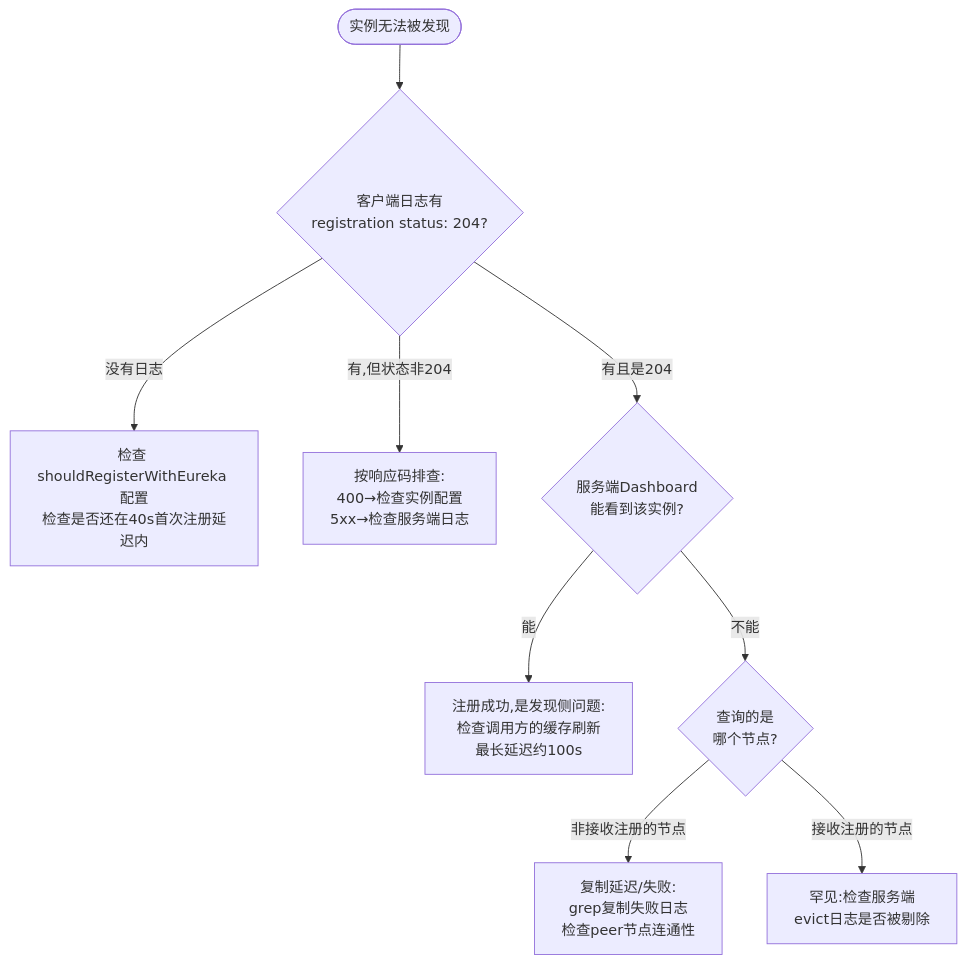
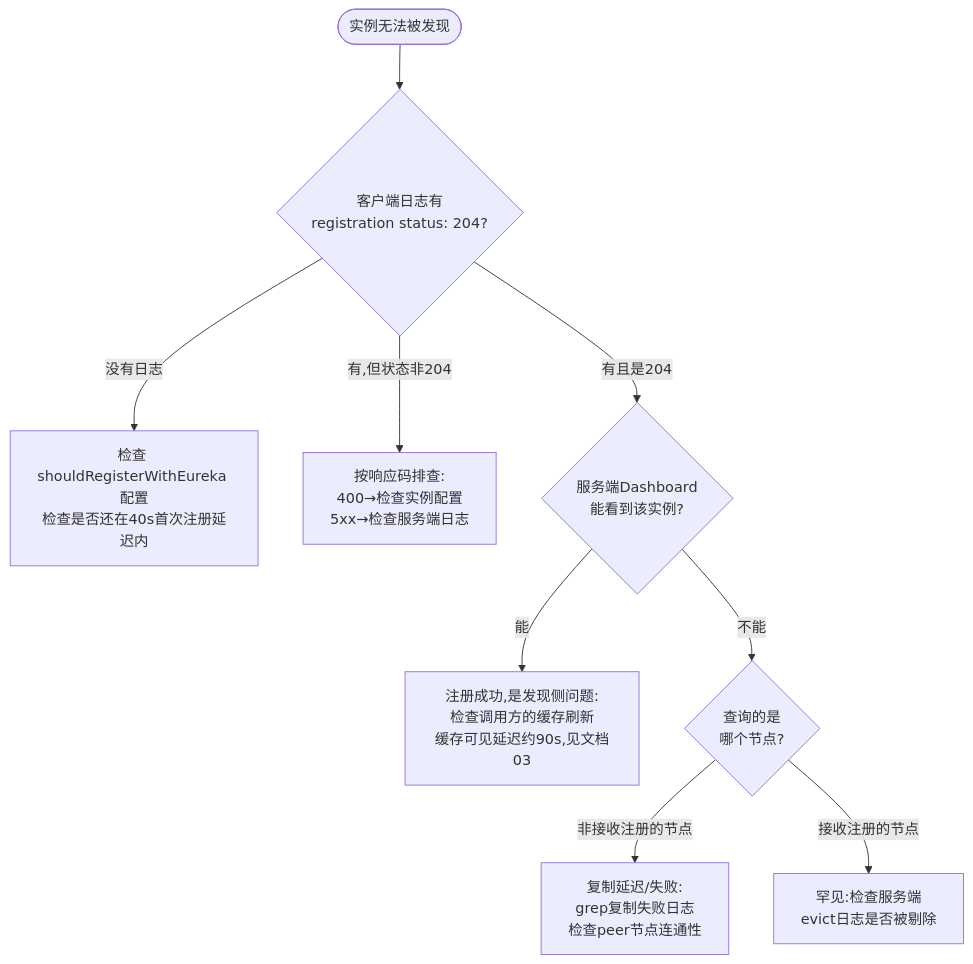
Before and after one commit to qinghuazs/eureka: the fifth of 5 diagrams in docs/01.服务注册流程.md, drawn with Mermaid. The commit also changed other lines of this file and 2 other files, not shown here.

````diff
--- a/docs/01.服务注册流程.md
+++ b/docs/01.服务注册流程.md
@@ -585,11 +585,11 @@
 ```mermaid
 flowchart TD
     P([实例无法被发现]) --> Q1{客户端日志有<br/>registration status: 204?}
     Q1 -- 没有日志 --> A1[检查 shouldRegisterWithEureka 配置<br/>检查是否还在40s首次注册延迟内]
     Q1 -- 有,但状态非204 --> A2[按响应码排查:<br/>400→检查实例配置<br/>5xx→检查服务端日志]
     Q1 -- 有且是204 --> Q2{服务端Dashboard<br/>能看到该实例?}
-    Q2 -- 能 --> A3[注册成功,是发现侧问题:<br/>检查调用方的缓存刷新<br/>最长延迟约100s]
+    Q2 -- 能 --> A3[注册成功,是发现侧问题:<br/>检查调用方的缓存刷新<br/>缓存可见延迟约90s,见文档03]
     Q2 -- 不能 --> Q3{查询的是<br/>哪个节点?}
     Q3 -- 非接收注册的节点 --> A4[复制延迟/失败:<br/>grep复制失败日志<br/>检查peer节点连通性]
     Q3 -- 接收注册的节点 --> A5[罕见:检查服务端<br/>evict日志是否被剔除]
 ```
````
